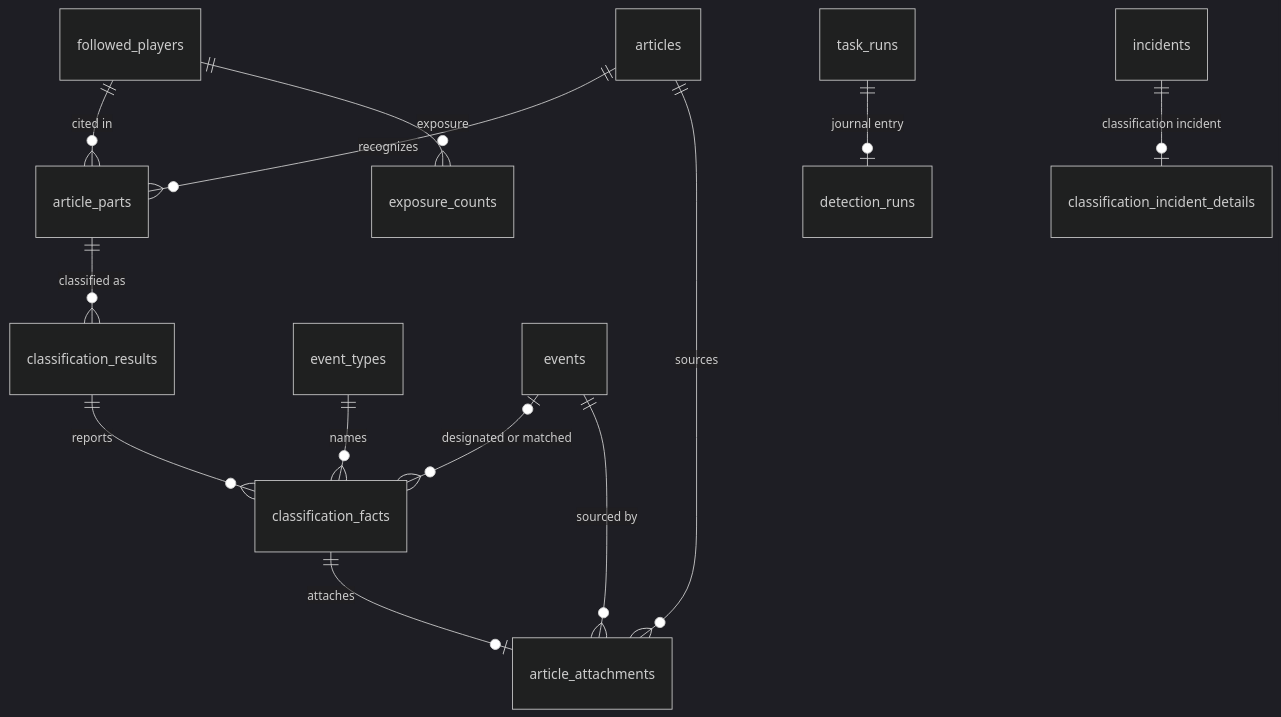
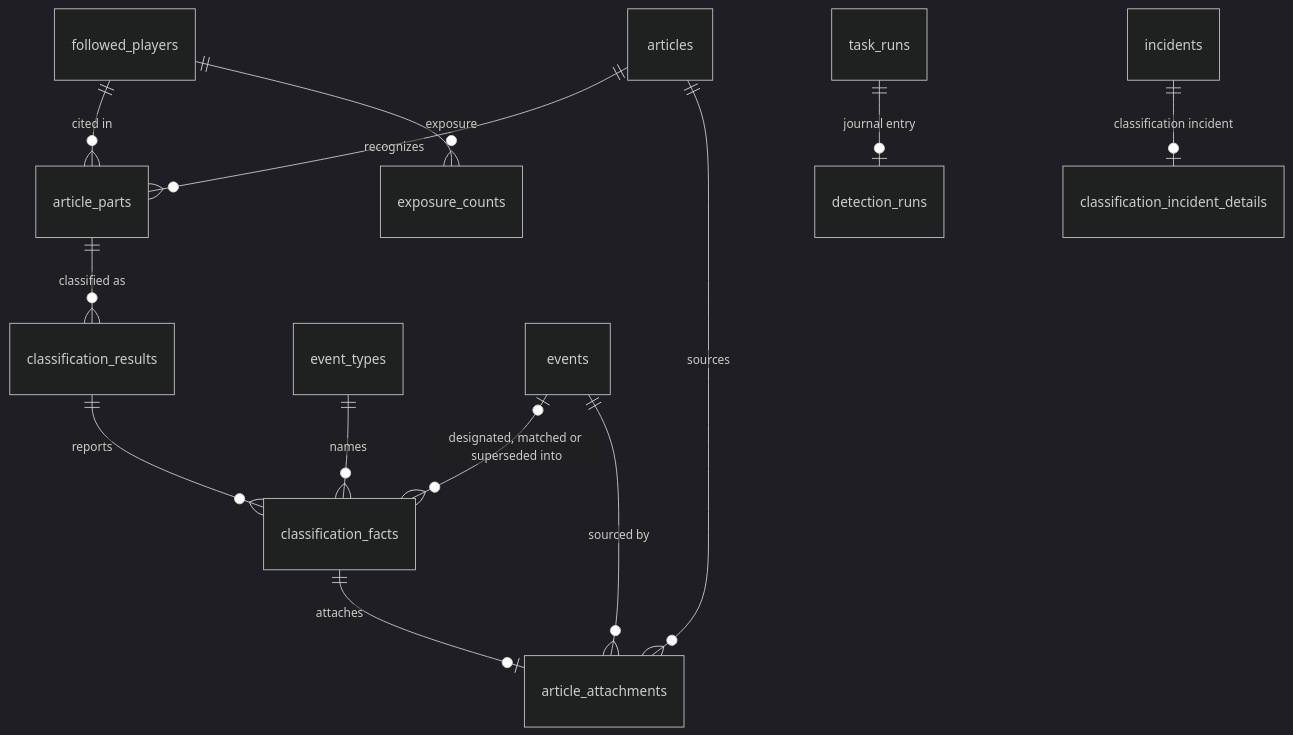
The diagram in docs/engineering/domain-model/detection.md (youtix/egoscope), drawn with Mermaid (dark theme) before and after one commit. The commit also changed other lines of this file and 36 other files, not shown here.

````diff
--- a/docs/engineering/domain-model/detection.md
+++ b/docs/engineering/domain-model/detection.md
@@ -474,15 +482,15 @@
 ```mermaid
 erDiagram
   articles ||--o{ article_parts : "recognizes"
   followed_players ||--o{ article_parts : "cited in"
   article_parts ||--o{ classification_results : "classified as"
   classification_results ||--o{ classification_facts : "reports"
   event_types ||--o{ classification_facts : "names"
-  events |o--o{ classification_facts : "designated or matched"
+  events |o--o{ classification_facts : "designated, matched or superseded into"
   classification_facts ||--o| article_attachments : "attaches"
   articles ||--o{ article_attachments : "sources"
   events ||--o{ article_attachments : "sourced by"
   followed_players ||--o{ exposure_counts : "exposure"
   task_runs ||--o| detection_runs : "journal entry"
   incidents ||--o| classification_incident_details : "classification incident"
 ```
````
